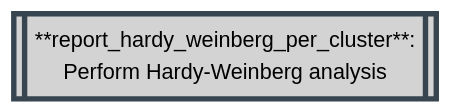
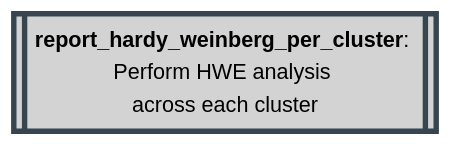
One commit to Tuks-ICMM/Pharmacogenetic-Analysis-Pipeline changed diagram 20 of 30 in docs/02-workflow/02-methodology.md. Above: the diagram before and after it, drawn with Mermaid. The commit also changed other lines of this file, not shown here.

````diff
--- a/docs/02-workflow/02-methodology.md
+++ b/docs/02-workflow/02-methodology.md
@@ -994,9 +833,7 @@
   ```mermaid
   flowchart TD
+    report_hardy_weinberg_per_cluster[[<b>report_hardy_weinberg_per_cluster</b>: <br>Perform HWE analysis <br>across each cluster]]
+
     classDef plink stroke:#36454F,fill:#D3D3D3,stroke-width:4px,color:black;
-
-    report_hardy_weinberg_per_cluster[[**report_hardy_weinberg_per_cluster**:
-Perform Hardy-Weinberg analysis]]
-
     class report_hardy_weinberg_per_cluster plink;
   ```
````
